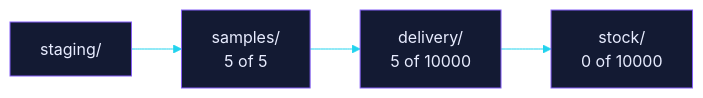
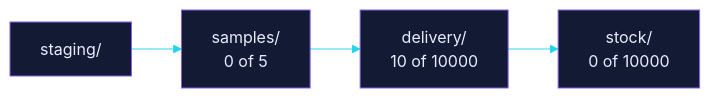
Before and after one commit to EtharaLabs/erza-samples: the diagram in README.md, drawn with Mermaid. The commit also changed other lines of this file and 1311 other files, not shown here.

Commit message:
chore(samples): move the five legacy samples to delivery/

````diff
--- a/README.md
+++ b/README.md
@@ -102,8 +43,8 @@
 ```mermaid
 %%{init: {"theme":"base","themeVariables":{"primaryColor":"#131a33","primaryTextColor":"#e8ecff","primaryBorderColor":"#845EF7","lineColor":"#22d3ee","fontFamily":"monospace"}}}%%
 flowchart LR
     staging["staging/"]
-    staging --> samples["samples/<br/>5 of 5"]
-    samples --> delivery["delivery/<br/>5 of 10000"]
+    staging --> samples["samples/<br/>0 of 5"]
+    samples --> delivery["delivery/<br/>10 of 10000"]
     delivery --> stock["stock/<br/>0 of 10000"]
 ```
````
